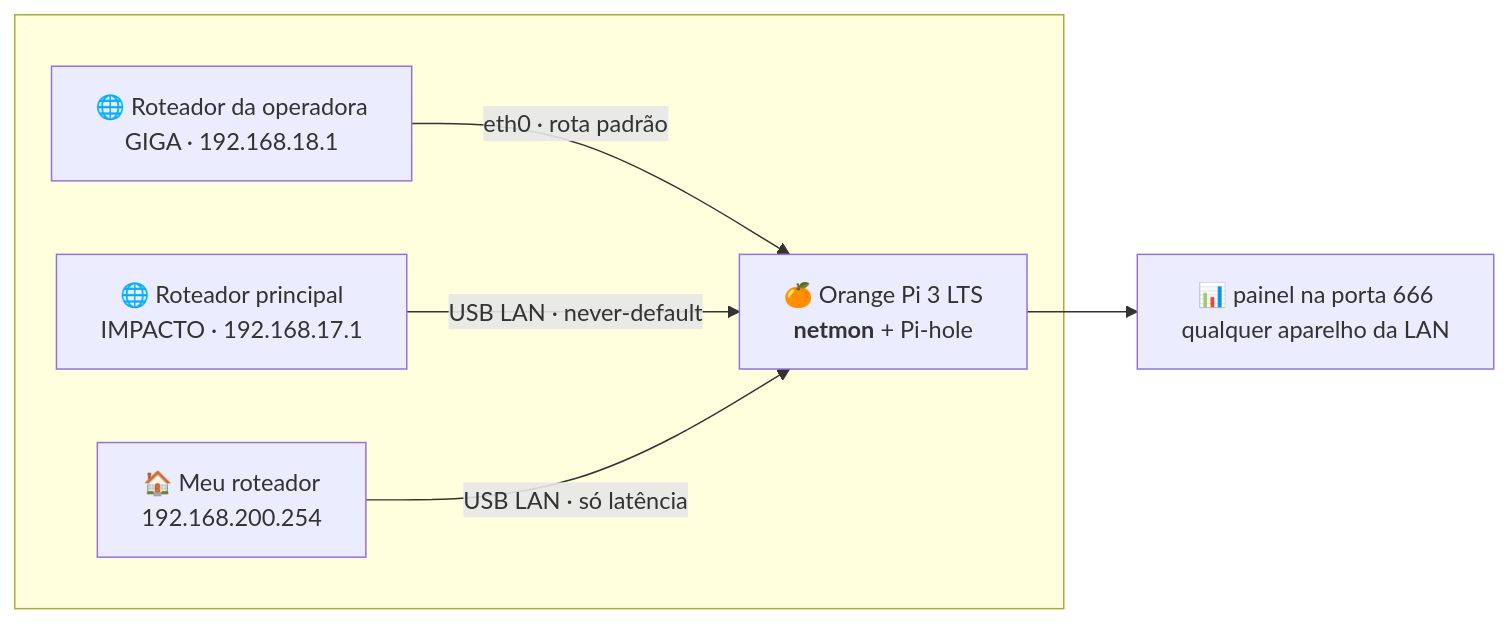
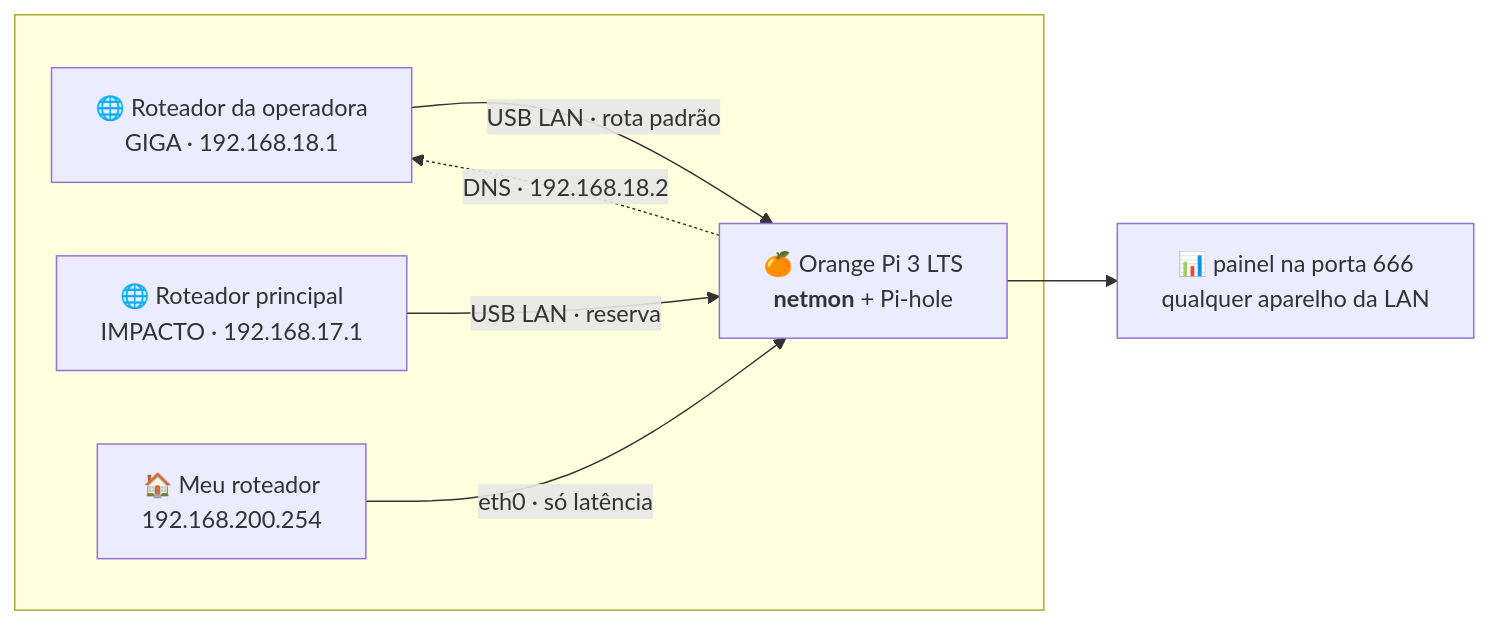
The diagram in README.md (cleber-son/monitoramento-dual-internet-orangepi), drawn with Mermaid before and after one commit. The commit also changed other lines of this file and 11 other files, not shown here.

````diff
--- a/README.md
+++ b/README.md
@@ -39,13 +39,14 @@
 ```mermaid
 graph LR
     subgraph casa[" "]
         OP["🌐 Roteador da operadora<br/>GIGA · 192.168.18.1"]
         RP["🌐 Roteador principal<br/>IMPACTO · 192.168.17.1"]
         LAN["🏠 Meu roteador<br/>192.168.200.254"]
         PI["🍊 Orange Pi 3 LTS<br/><b>netmon</b> + Pi-hole"]
     end
-    OP -- "eth0 · rota padrão" --> PI
-    RP -- "USB LAN · never-default" --> PI
-    LAN -- "USB LAN · só latência" --> PI
+    OP -- "USB LAN · rota padrão" --> PI
+    RP -- "USB LAN · reserva" --> PI
+    LAN -- "eth0 · só latência" --> PI
     PI --> PAINEL["📊 painel na porta 666<br/>qualquer aparelho da LAN"]
+    PI -. "DNS · 192.168.18.2" .-> OP
 ```
````
